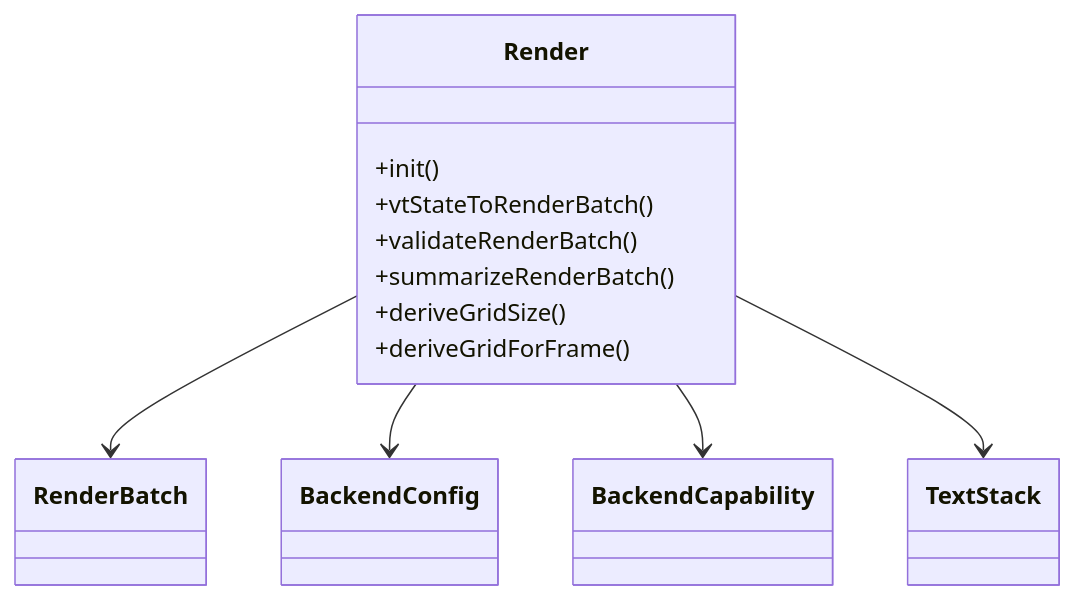
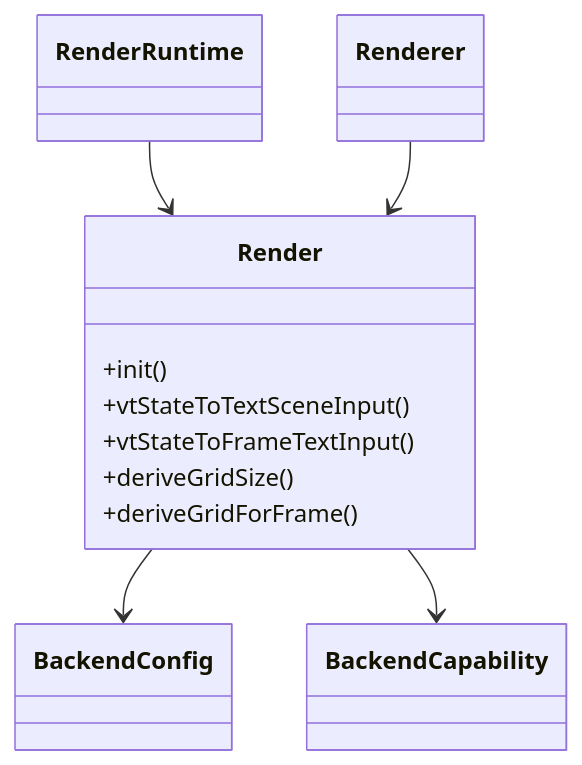
The first of 3 diagrams in design.md (LaurenceGuws/howl-render-core), drawn with Mermaid before and after one commit. The commit also changed other lines of this file and 9 other files, not shown here.

Commit message:
render: tighten owner surfaces and runtime control spine

````diff
--- a/design.md
+++ b/design.md
@@ -14,20 +15,19 @@
 ```mermaid
 classDiagram
     class Render {
       +init()
-      +vtStateToRenderBatch()
-      +validateRenderBatch()
-      +summarizeRenderBatch()
+      +vtStateToTextSceneInput()
+      +vtStateToFrameTextInput()
       +deriveGridSize()
       +deriveGridForFrame()
     }
-    class TextStack
-    class RenderBatch
+    class RenderRuntime
+    class Renderer
     class BackendConfig
     class BackendCapability
 
-    Render --> RenderBatch
     Render --> BackendConfig
     Render --> BackendCapability
-    Render --> TextStack
+    RenderRuntime --> Render
+    Renderer --> Render
 ```
````
